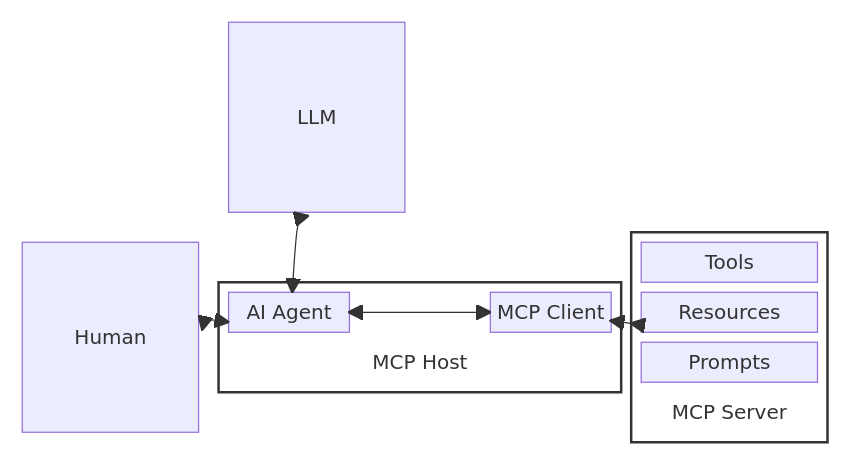
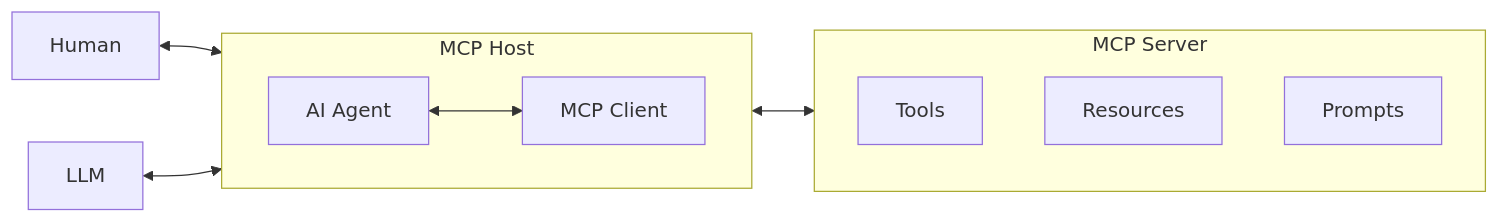
Before and after one commit to WebexCC-SA/LAB-31123: the diagram in docs/mermaid.md, drawn with Mermaid.

````diff
--- a/docs/mermaid.md
+++ b/docs/mermaid.md
@@ -1,40 +1,19 @@
 ```mermaid
-block-beta
-    columns 4
+flowchart LR
+    H[Human] <--> A
 
-    space
-    block:llmSlot
-        columns 1
-        L["LLM"]
-    end
-    space space
-
-    block:humanSlot
-        columns 1
-        H["Human"]
-    end
-    block:host:2
-        columns 3
-        A["AI Agent"] space C["MCP Client"]
-        space HL["MCP Host"] space
-    end
-    block:server
-        columns 1
-        T["Tools"]
-        R["Resources"]
-        P["Prompts"]
-        SL["MCP Server"]
+    subgraph host["MCP Host"]
+        direction LR
+        A[AI Agent] <--> C[MCP Client]
     end
 
-    H <--> A
-    L <--> A
-    A <--> C
+    subgraph server["MCP Server"]
+        direction TB
+        T[Tools]
+        R[Resources]
+        P[Prompts]
+    end
+
     C <--> server
-
-    style llmSlot fill:none,stroke:none
-    style humanSlot fill:none,stroke:none
-    style host fill:#ffffff,stroke:#333333,stroke-width:2px
-    style server fill:#ffffff,stroke:#333333,stroke-width:2px
-    style HL fill:none,stroke:none,color:#1496d4
-    style SL fill:none,stroke:none,color:#159947
+    L[LLM] <--> A
 ```
````
